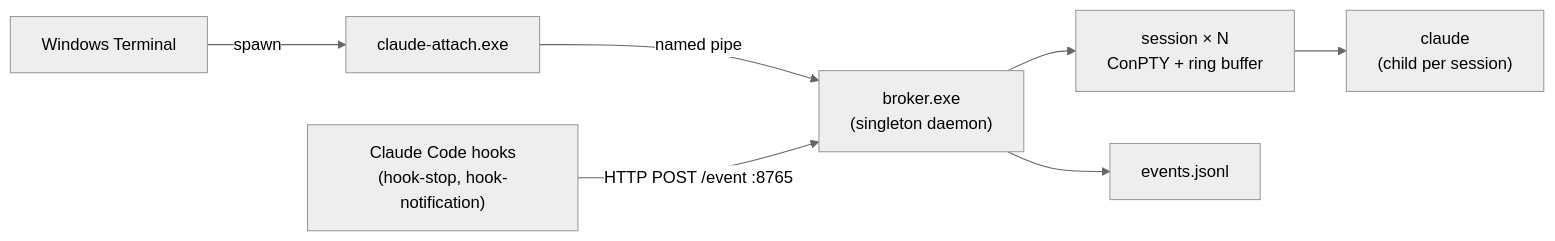
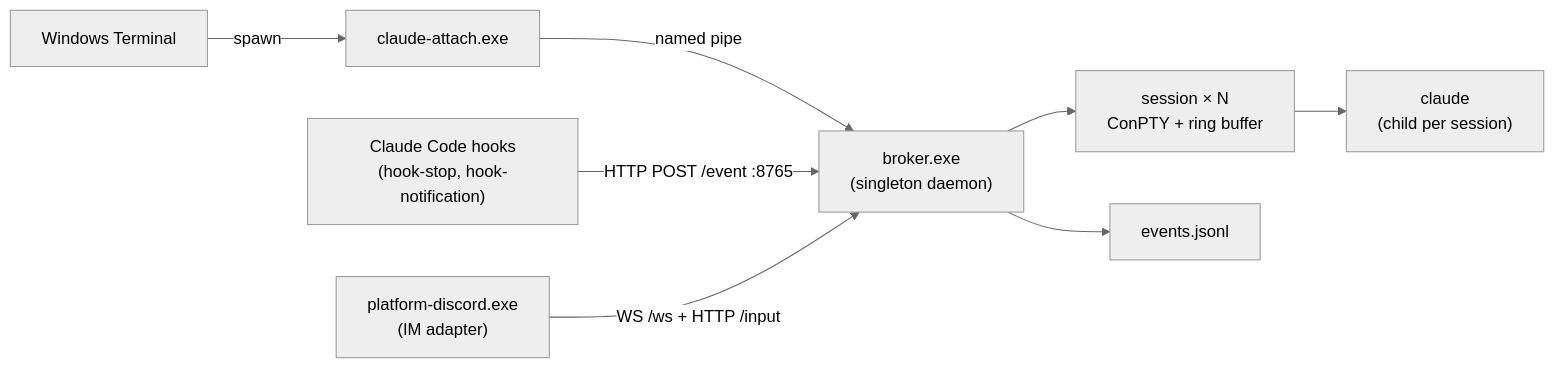
Before and after one commit to TornLux/agentmux: the diagram in README.md, drawn with Mermaid (neutral theme). The commit also changed other lines of this file and 2 other files, not shown here.

````diff
--- a/README.md
+++ b/README.md
@@ -30,17 +32,19 @@
 ```mermaid
 flowchart LR
     Term["Windows Terminal"]
     Hooks["Claude Code hooks<br/>(hook-stop, hook-notification)"]
     Attach["claude-attach.exe"]
+    Discord["platform-discord.exe<br/>(IM adapter)"]
     Broker["broker.exe<br/>(singleton daemon)"]
     Sess["session × N<br/>ConPTY + ring buffer"]
     Claude["claude<br/>(child per session)"]
     Events["events.jsonl"]
 
     Term -- "spawn" --> Attach
     Attach -- "named pipe" --> Broker
     Hooks -- "HTTP POST /event :8765" --> Broker
+    Discord -- "WS /ws + HTTP /input" --> Broker
     Broker --> Sess
     Sess --> Claude
     Broker --> Events
 ```
````
